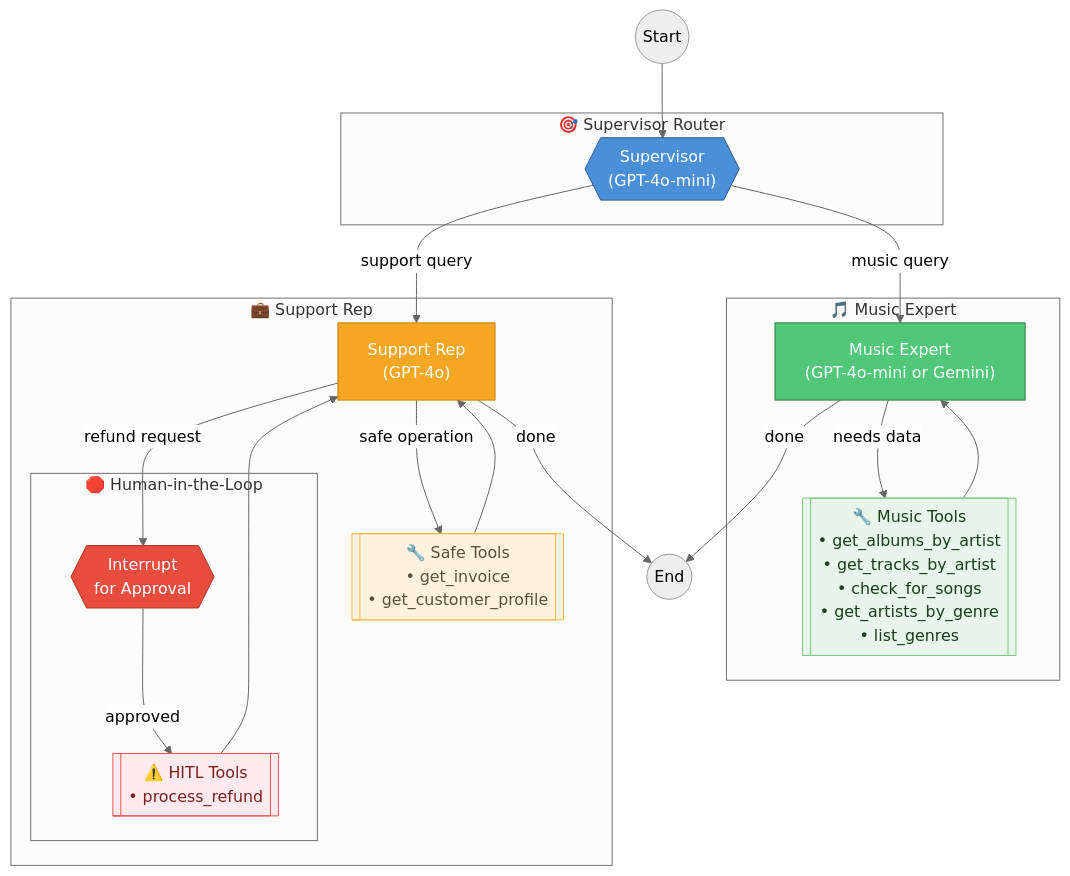
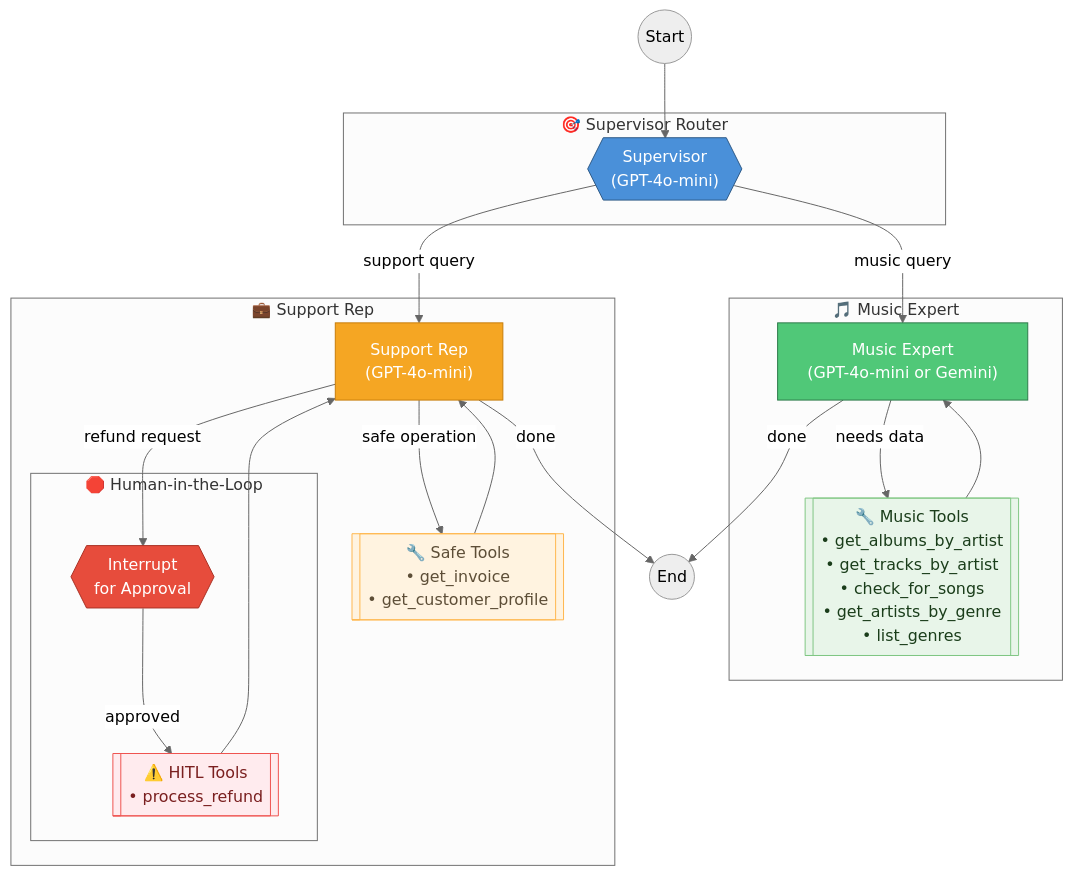
Before and after one commit to scarolan/music_store_assistant: the diagram in README.md, drawn with Mermaid (neutral theme). The commit also changed other lines of this file and 1 other file, not shown here.

Commit message:
Update to gpt-4o-mini for cost savings.

````diff
--- a/README.md
+++ b/README.md
@@ -9,46 +9,46 @@
 ```mermaid
 flowchart TD
     Start((Start)) --> supervisor
 
     subgraph Routing["🎯 Supervisor Router"]
         supervisor{{"Supervisor<br/>(GPT-4o-mini)"}}
     end
 
     supervisor -->|"music query"| music_expert
     supervisor -->|"support query"| support_rep
 
     subgraph Music["🎵 Music Expert"]
         music_expert["Music Expert<br/>(GPT-4o-mini or Gemini)"]
         music_tools[["🔧 Music Tools<br/>• get_albums_by_artist<br/>• get_tracks_by_artist<br/>• check_for_songs<br/>• get_artists_by_genre<br/>• list_genres"]]
         music_expert -->|"needs data"| music_tools
         music_tools --> music_expert
     end
 
     subgraph Support["💼 Support Rep"]
-        support_rep["Support Rep<br/>(GPT-4o)"]
+        support_rep["Support Rep<br/>(GPT-4o-mini)"]
         support_tools[["🔧 Safe Tools<br/>• get_invoice<br/>• get_customer_profile"]]
         refund_tools[["⚠️ HITL Tools<br/>• process_refund"]]
         
         support_rep -->|"safe operation"| support_tools
         support_rep -->|"refund request"| hitl
         support_tools --> support_rep
         
         subgraph HITL["🛑 Human-in-the-Loop"]
             hitl{{"Interrupt<br/>for Approval"}}
             hitl -->|"approved"| refund_tools
         end
         
         refund_tools --> support_rep
     end
 
     music_expert -->|"done"| End((End))
     support_rep -->|"done"| End
 
     style supervisor fill:#4a90d9,stroke:#2d5a87,color:#fff
     style music_expert fill:#50c878,stroke:#2d7a4a,color:#fff
     style support_rep fill:#f5a623,stroke:#c77d0a,color:#fff
     style hitl fill:#e74c3c,stroke:#a93226,color:#fff
     style music_tools fill:#e8f5e9,stroke:#81c784,color:#1a3d1a
     style support_tools fill:#fff3e0,stroke:#ffb74d,color:#5d4e37
     style refund_tools fill:#ffebee,stroke:#ef5350,color:#7a1f1f
 ```
````
